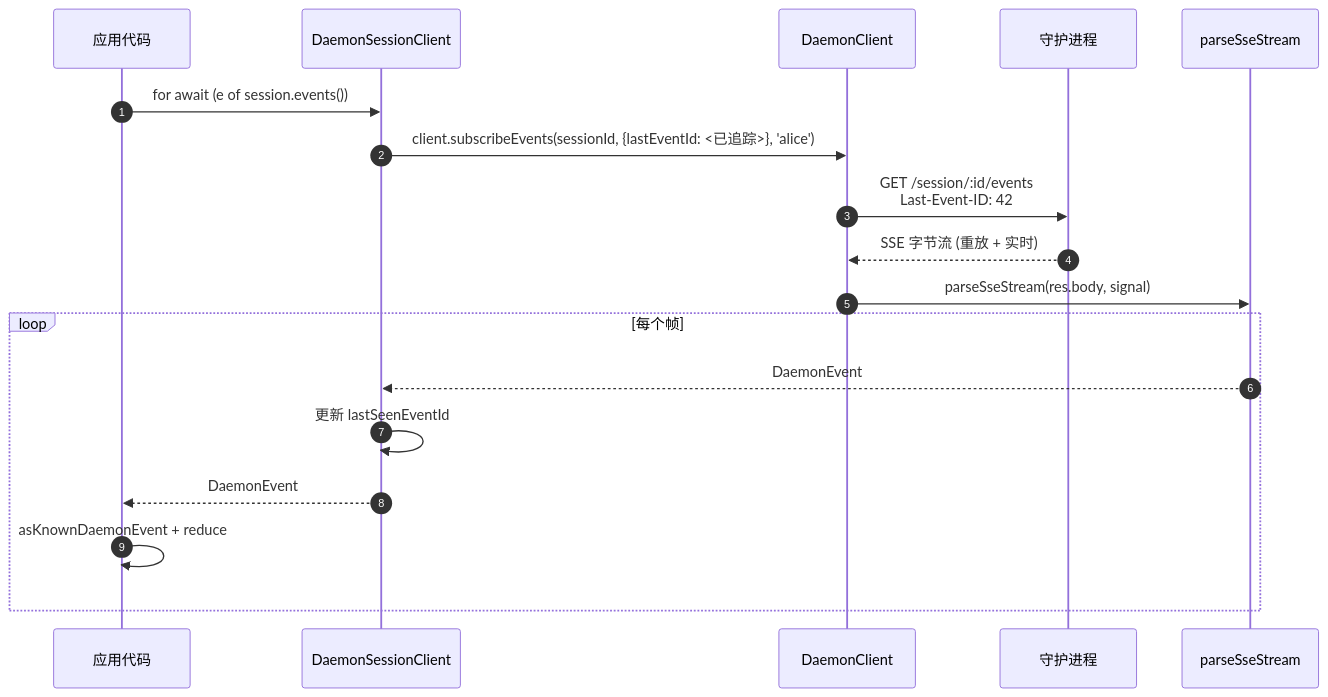
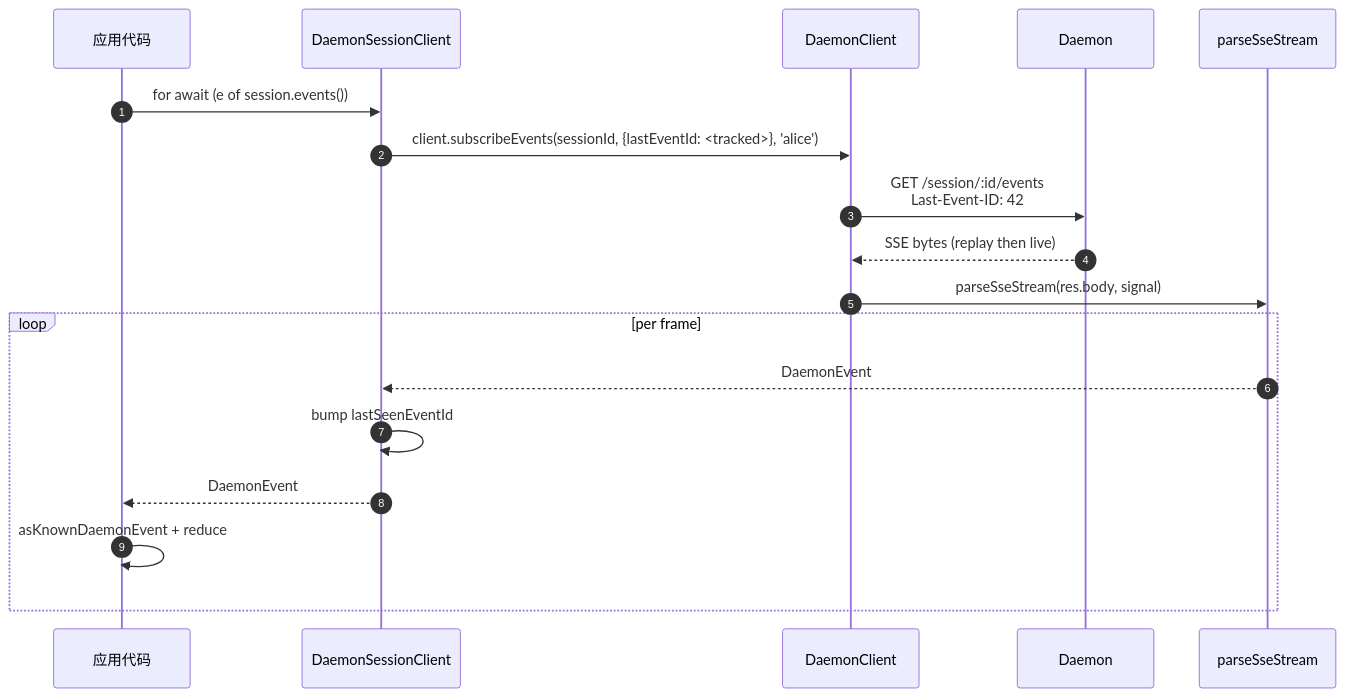
The second of 3 diagrams in website/content/zh/developers/daemon/13-sdk-daemon-client.md (QwenLM/qwen-code-docs), drawn with Mermaid before and after one commit. The commit also changed other lines of this file and 162 other files, not shown here.

````diff
--- a/website/content/zh/developers/daemon/13-sdk-daemon-client.md
+++ b/website/content/zh/developers/daemon/13-sdk-daemon-client.md
@@ -157,21 +157,21 @@
 ```mermaid
 sequenceDiagram
     autonumber
     participant App as 应用代码
     participant SC as DaemonSessionClient
     participant DC as DaemonClient
-    participant D as 守护进程
+    participant D as Daemon
     participant P as parseSseStream
 
     App->>SC: for await (e of session.events())
-    SC->>DC: client.subscribeEvents(sessionId, {lastEventId: <已追踪>}, 'alice')
+    SC->>DC: client.subscribeEvents(sessionId, {lastEventId: <tracked>}, 'alice')
     DC->>D: GET /session/:id/events<br/>Last-Event-ID: 42
-    D-->>DC: SSE 字节流 (重放 + 实时)
+    D-->>DC: SSE bytes (replay then live)
     DC->>P: parseSseStream(res.body, signal)
-    loop 每个帧
+    loop per frame
         P-->>SC: DaemonEvent
-        SC->>SC: 更新 lastSeenEventId
+        SC->>SC: bump lastSeenEventId
         SC-->>App: DaemonEvent
         App->>App: asKnownDaemonEvent + reduce
     end
 ```
````
